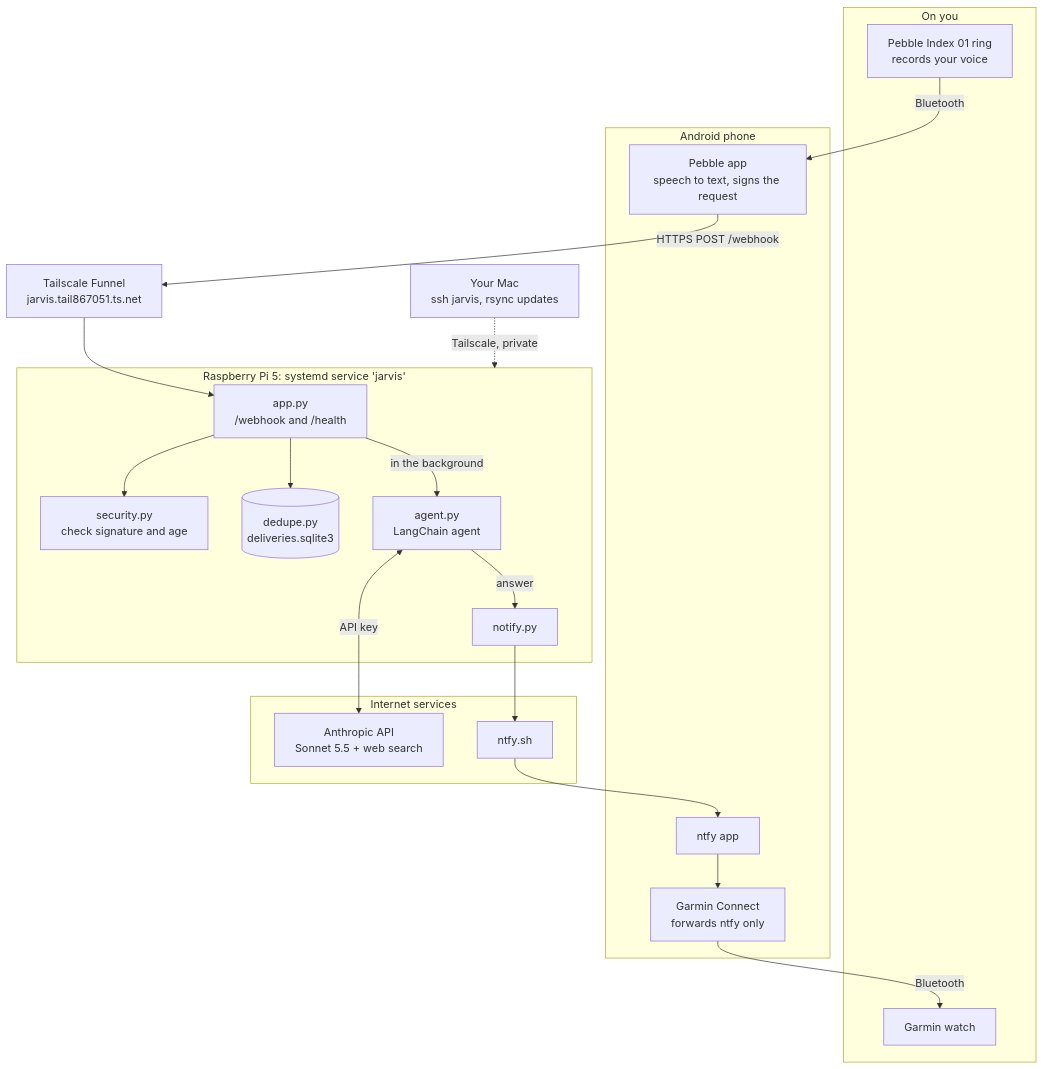
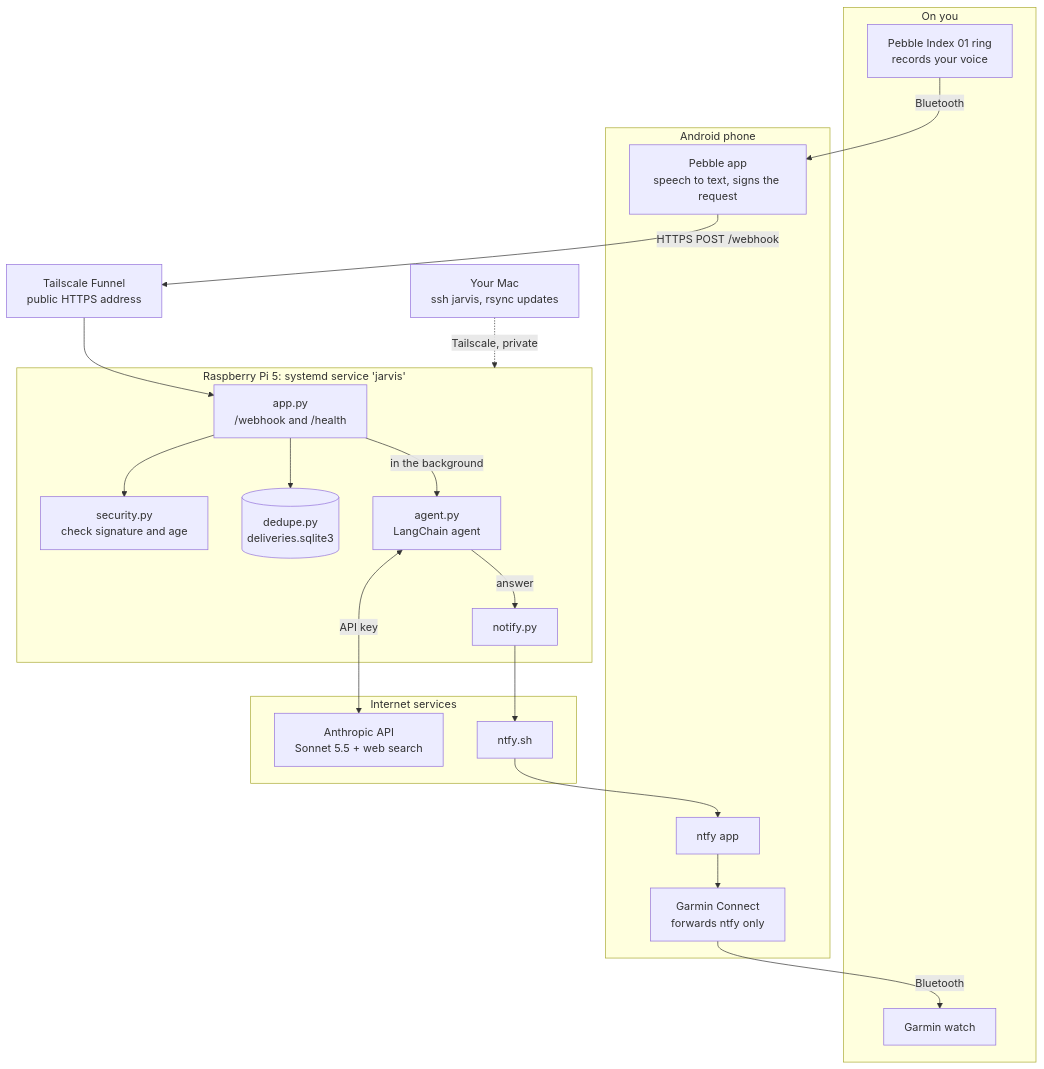
The diagram in README.md (jcbanos/Jarvis2.0), drawn with Mermaid before and after one commit. The commit also changed other lines of this file, not shown here.

First line of the commit message:
docs: Hide the Pi's address from the README before going public

````diff
--- a/README.md
+++ b/README.md
@@ -29,44 +29,44 @@
 ```mermaid
 flowchart TB
     subgraph body["On you"]
         Ring["Pebble Index 01 ring<br/>records your voice"]
         Watch["Garmin watch"]
     end
 
     subgraph phone["Android phone"]
         PebbleApp["Pebble app<br/>speech to text, signs the request"]
         NtfyApp["ntfy app"]
         GarminConnect["Garmin Connect<br/>forwards ntfy only"]
     end
 
-    Funnel["Tailscale Funnel<br/>jarvis.tail867051.ts.net"]
+    Funnel["Tailscale Funnel<br/>public HTTPS address"]
 
     subgraph pi["Raspberry Pi 5: systemd service 'jarvis'"]
         App["app.py<br/>/webhook and /health"]
         Security["security.py<br/>check signature and age"]
         Dedupe[("dedupe.py<br/>deliveries.sqlite3")]
         Agent["agent.py<br/>LangChain agent"]
         Notify["notify.py"]
     end
 
     subgraph cloud["Internet services"]
         Claude["Anthropic API<br/>Sonnet 5.5 + web search"]
         Ntfy["ntfy.sh"]
     end
 
     Mac["Your Mac<br/>ssh jarvis, rsync updates"]
 
     Ring -->|Bluetooth| PebbleApp
     PebbleApp -->|"HTTPS POST /webhook"| Funnel
     Funnel --> App
     App --> Security
     App --> Dedupe
     App -->|"in the background"| Agent
     Agent <-->|"API key"| Claude
     Agent -->|answer| Notify
     Notify --> Ntfy
     Ntfy --> NtfyApp
     NtfyApp --> GarminConnect
     GarminConnect -->|Bluetooth| Watch
     Mac -.->|"Tailscale, private"| pi
 ```
````
